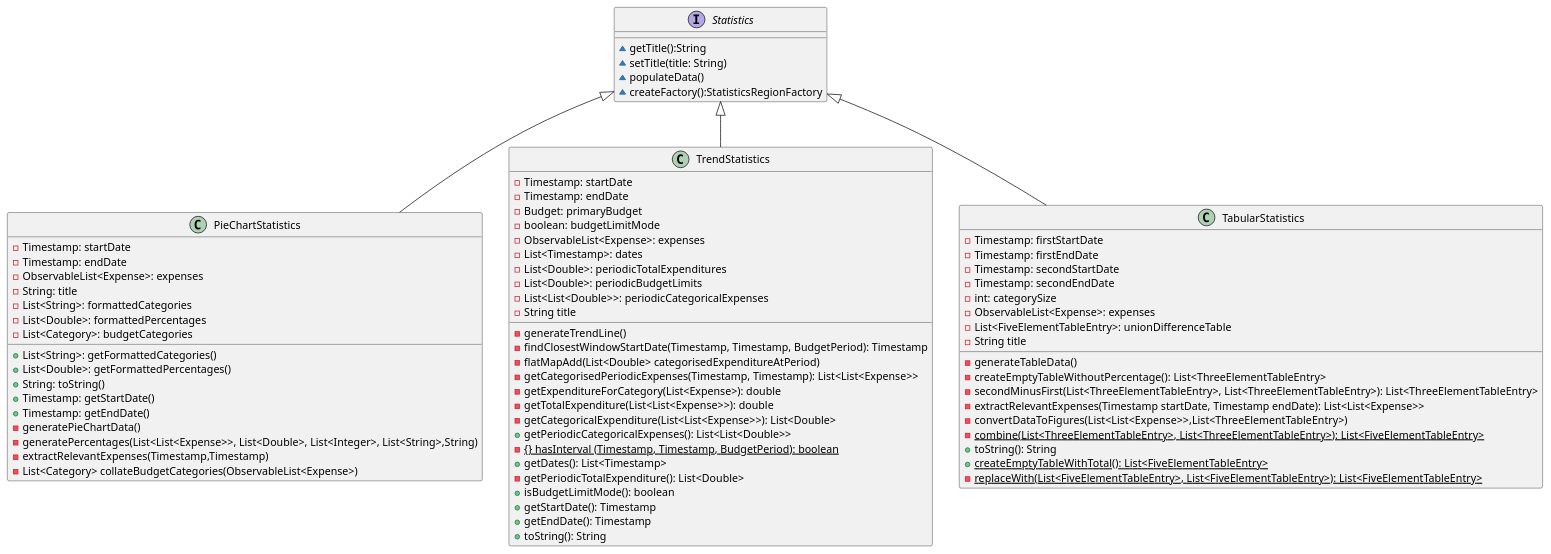
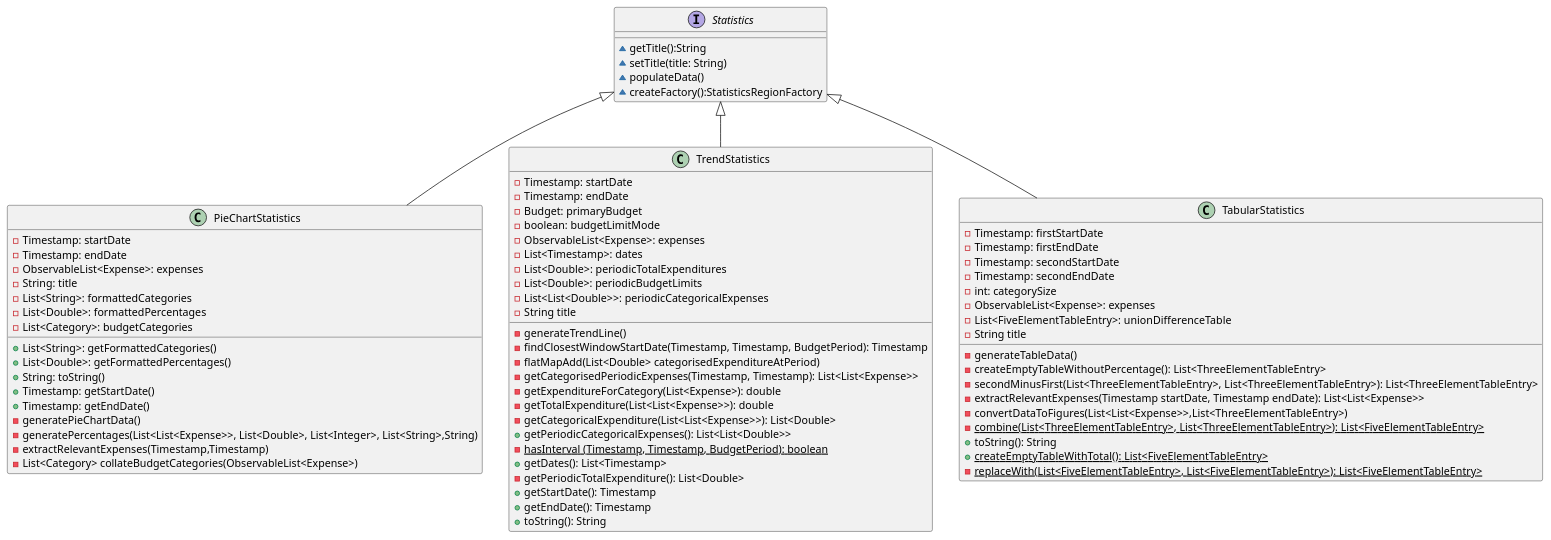
The diagram in docs/diagrams/StatisticsClassDiagram.puml (nus-cs2103-AY1920S1/addressbook-level3), drawn with PlantUML before and after one commit. The commit also changed 10 other files, not shown here.

```diff
--- a/docs/diagrams/StatisticsClassDiagram.puml
+++ b/docs/diagrams/StatisticsClassDiagram.puml
@@ -1,99 +1,98 @@
 @startuml
 
 
 
 interface Statistics {
 ~getTitle():String
 ~setTitle(title: String)
 ~populateData()
 ~createFactory():StatisticsRegionFactory
 }
 
 
 
 class PieChartStatistics {
 -Timestamp: startDate
 -Timestamp: endDate
 -ObservableList<Expense>: expenses
 -String: title
 -List<String>: formattedCategories
 -List<Double>: formattedPercentages
 -List<Category>: budgetCategories
 
 +List<String>: getFormattedCategories()
 +List<Double>: getFormattedPercentages()
 +String: toString()
 +Timestamp: getStartDate()
 +Timestamp: getEndDate()
 -generatePieChartData()
 -generatePercentages(List<List<Expense>>, List<Double>, List<Integer>, List<String>,String)
 -extractRelevantExpenses(Timestamp,Timestamp)
 -List<Category> collateBudgetCategories(ObservableList<Expense>)
 }
 
 
 
 
 class TrendStatistics {
 -Timestamp: startDate
 -Timestamp: endDate
 -Budget: primaryBudget
 -boolean: budgetLimitMode
 -ObservableList<Expense>: expenses
 -List<Timestamp>: dates
 -List<Double>: periodicTotalExpenditures
 -List<Double>: periodicBudgetLimits
 -List<List<Double>>: periodicCategoricalExpenses
 -String title
 
 -generateTrendLine()
 -findClosestWindowStartDate(Timestamp, Timestamp, BudgetPeriod): Timestamp
 -flatMapAdd(List<Double> categorisedExpenditureAtPeriod)
 -getCategorisedPeriodicExpenses(Timestamp, Timestamp): List<List<Expense>>
 -getExpenditureForCategory(List<Expense>): double
 -getTotalExpenditure(List<List<Expense>>): double
 -getCategoricalExpenditure(List<List<Expense>>): List<Double>
 +getPeriodicCategoricalExpenses(): List<List<Double>>
--{{static}} hasInterval (Timestamp, Timestamp, BudgetPeriod): boolean
+-{static} hasInterval (Timestamp, Timestamp, BudgetPeriod): boolean
 +getDates(): List<Timestamp>
 -getPeriodicTotalExpenditure(): List<Double>
-+ isBudgetLimitMode(): boolean
 + getStartDate(): Timestamp
 +getEndDate(): Timestamp
 +toString(): String
 }
 
 class TabularStatistics {
 -Timestamp: firstStartDate
 -Timestamp: firstEndDate
 -Timestamp: secondStartDate
 -Timestamp: secondEndDate
 -int: categorySize
 -ObservableList<Expense>: expenses
 -List<FiveElementTableEntry>: unionDifferenceTable
 -String title
 -generateTableData()
 -createEmptyTableWithoutPercentage(): List<ThreeElementTableEntry>
 -secondMinusFirst(List<ThreeElementTableEntry>, List<ThreeElementTableEntry>): List<ThreeElementTableEntry>
 -extractRelevantExpenses(Timestamp startDate, Timestamp endDate): List<List<Expense>>
 -convertDataToFigures(List<List<Expense>>,List<ThreeElementTableEntry>)
 -{static} combine(List<ThreeElementTableEntry>, List<ThreeElementTableEntry>): List<FiveElementTableEntry>
 +toString(): String
 +{static} createEmptyTableWithTotal(): List<FiveElementTableEntry>
 -{static} replaceWith(List<FiveElementTableEntry>, List<FiveElementTableEntry>): List<FiveElementTableEntry>
 }
 
 
 
 
 
 
 
 
 Statistics <|-- PieChartStatistics
 Statistics <|-- TabularStatistics
 Statistics <|-- TrendStatistics
 
 
 
 @enduml
```
